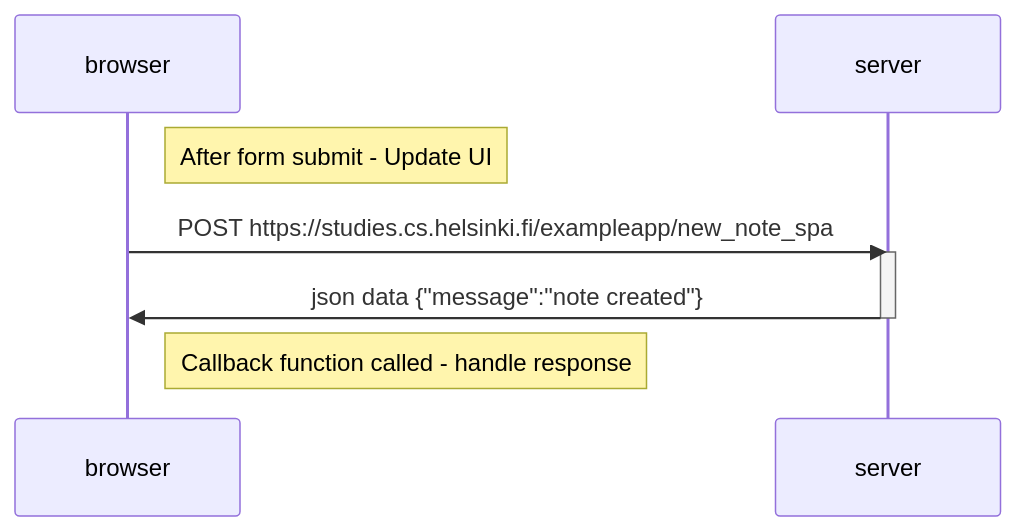
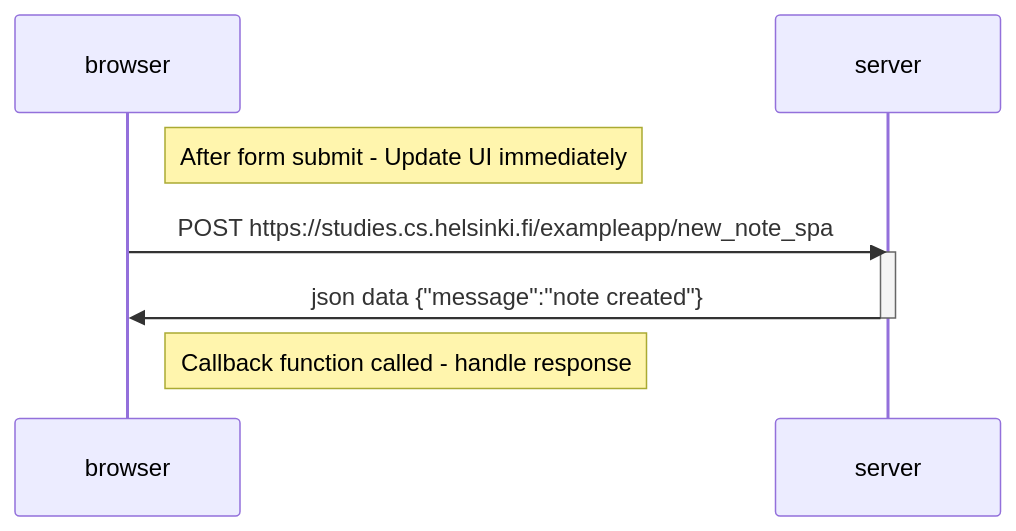
One commit to JeziahAnon/fullstackopen-helsinki changed the diagram in part0/part0.6-new-note-spa.mmd. Above: the diagram before and after it, drawn with Mermaid.

Commit message:
UPDATE part0

```diff
--- a/part0/part0.6-new-note-spa.mmd
+++ b/part0/part0.6-new-note-spa.mmd
@@ -1,10 +1,10 @@
 sequenceDiagram
     participant browser 
     participant server 
 
-    Note right of browser: After form submit - Update UI 
+    Note right of browser: After form submit - Update UI immediately
     browser->>server: POST https://studies.cs.helsinki.fi/exampleapp/new_note_spa
     activate server 
     server->>browser: json data {"message":"note created"}
     deactivate server 
     Note right of browser: Callback function called - handle response
```
